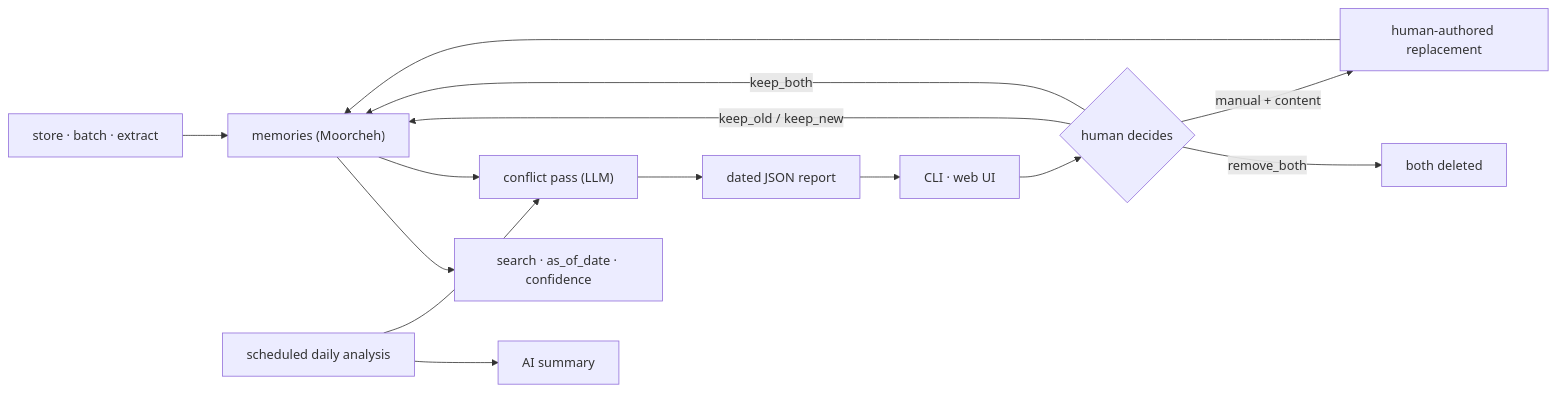
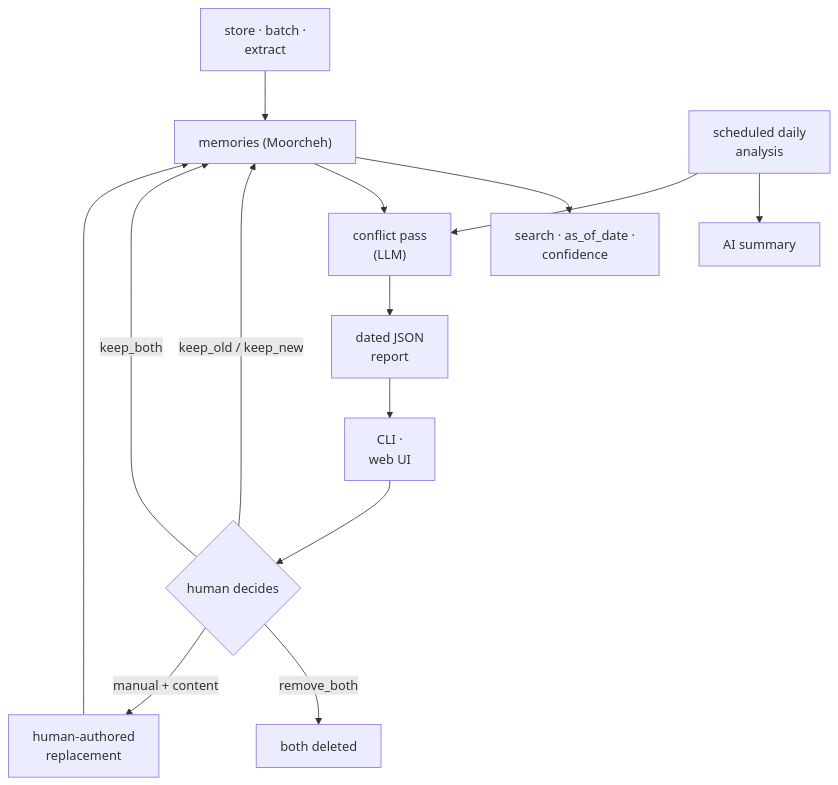
One commit to neoneye/agent-memory-atlas changed the diagram in content/systems/memanto.md. Above: the diagram before and after it, drawn with Mermaid. The commit also changed 99 other files, not shown here.

First line of the commit message:
Reshape the remaining 49 diagrams so their labels are legible

````diff
--- a/content/systems/memanto.md
+++ b/content/systems/memanto.md
@@ -110,16 +110,16 @@
 ```mermaid
-flowchart LR
-  W["store · batch · extract"] --> M["memories (Moorcheh)"]
-  M --> S["search · as_of_date · confidence"]
-  Sched["scheduled daily analysis"] --> Sum["AI summary"]
-  Sched --> CP["conflict pass (LLM)"]
+flowchart TD
+  W["store · batch ·<br/>extract"] --> M["memories (Moorcheh)"]
+  M --> S["search · as_of_date ·<br/>confidence"]
+  Sched["scheduled daily<br/>analysis"] --> Sum["AI summary"]
+  Sched --> CP["conflict pass<br/>(LLM)"]
   M --> CP
-  CP --> R["dated JSON report"]
-  R --> UI["CLI · web UI"]
+  CP --> R["dated JSON<br/>report"]
+  R --> UI["CLI ·<br/>web UI"]
   UI --> D{"human decides"}
   D -->|keep_old / keep_new| M
   D -->|keep_both| M
   D -->|remove_both| Del["both deleted"]
-  D -->|manual + content| New["human-authored replacement"]
+  D -->|manual + content| New["human-authored<br/>replacement"]
   New --> M
 ```
````
